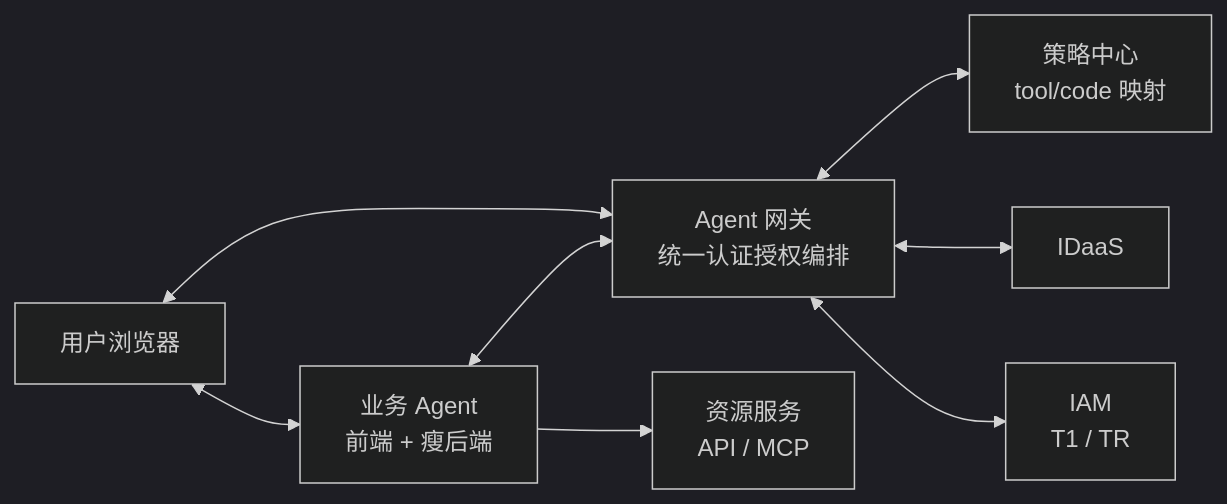
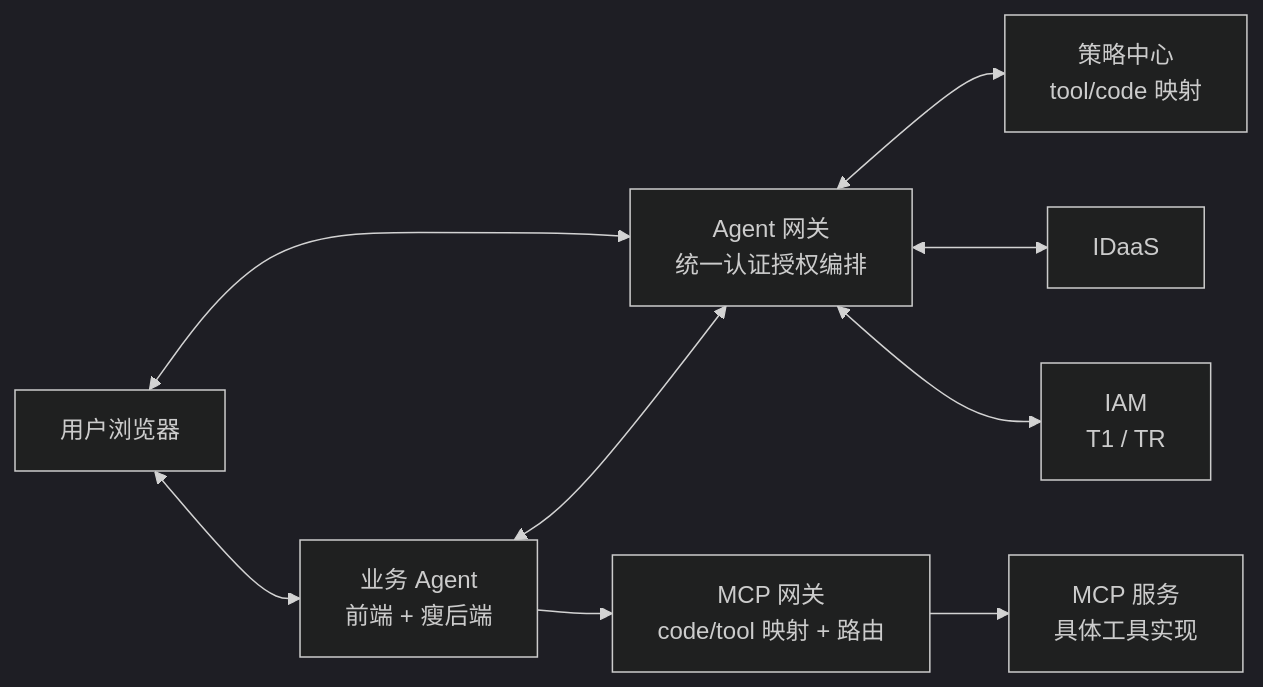
The first of 4 diagrams in docs/design/final_design/02_引入Agent网关版方案.md (xuning117634-ux/auth-design-spec), drawn with Mermaid (dark theme) before and after one commit. The commit also changed other lines of this file and 1 other file, not shown here.

````diff
--- a/docs/design/final_design/02_引入Agent网关版方案.md
+++ b/docs/design/final_design/02_引入Agent网关版方案.md
@@ -46,18 +47,20 @@
 ```mermaid
 flowchart LR
     U["用户浏览器"]
     A["业务 Agent<br/>前端 + 瘦后端"]
     GW["Agent 网关<br/>统一认证授权编排"]
     PC["策略中心<br/>tool/code 映射"]
     I["IDaaS"]
     IAM["IAM<br/>T1 / TR"]
-    R["资源服务<br/>API / MCP"]
+    R["MCP 网关<br/>code/tool 映射 + 路由"]
+    S["MCP 服务<br/>具体工具实现"]
 
     U <--> A
     U <--> GW
     A <--> GW
     GW <--> PC
     GW <--> I
     GW <--> IAM
     A --> R
+    R --> S
 ```
````
